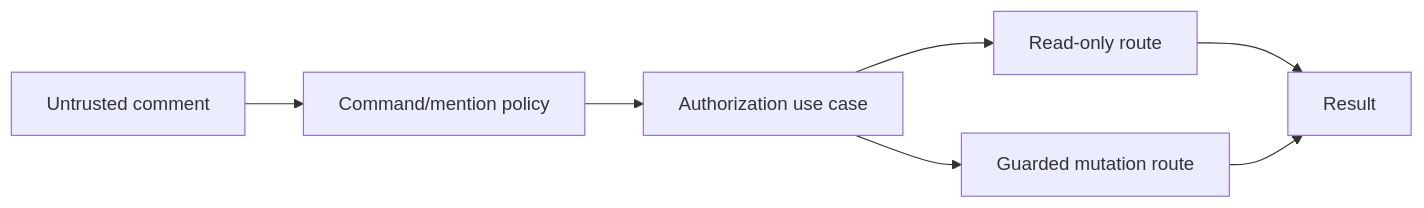
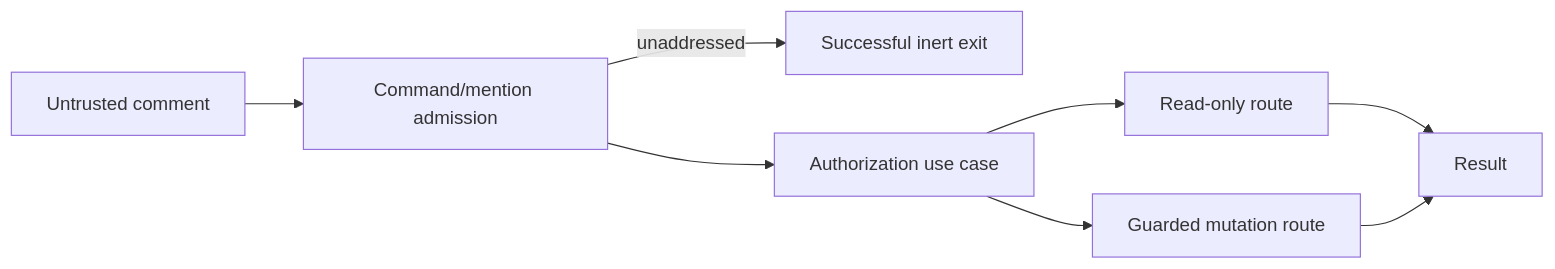
Before and after one commit to vypdev/copilot: the diagram in specs/comment-automation-and-authorization.md, drawn with Mermaid. The commit also changed other lines of this file and 63 other files, not shown here.

````diff
--- a/specs/comment-automation-and-authorization.md
+++ b/specs/comment-automation-and-authorization.md
@@ -178,9 +191,10 @@
 ```mermaid
 flowchart LR
-  C[Untrusted comment] --> P[Command/mention policy]
+  C[Untrusted comment] --> P[Command/mention admission]
+  P -->|unaddressed| I[Successful inert exit]
   P --> A[Authorization use case]
   A --> R[Read-only route]
   A --> M[Guarded mutation route]
   R --> V[Result]
   M --> V
 ```
````
